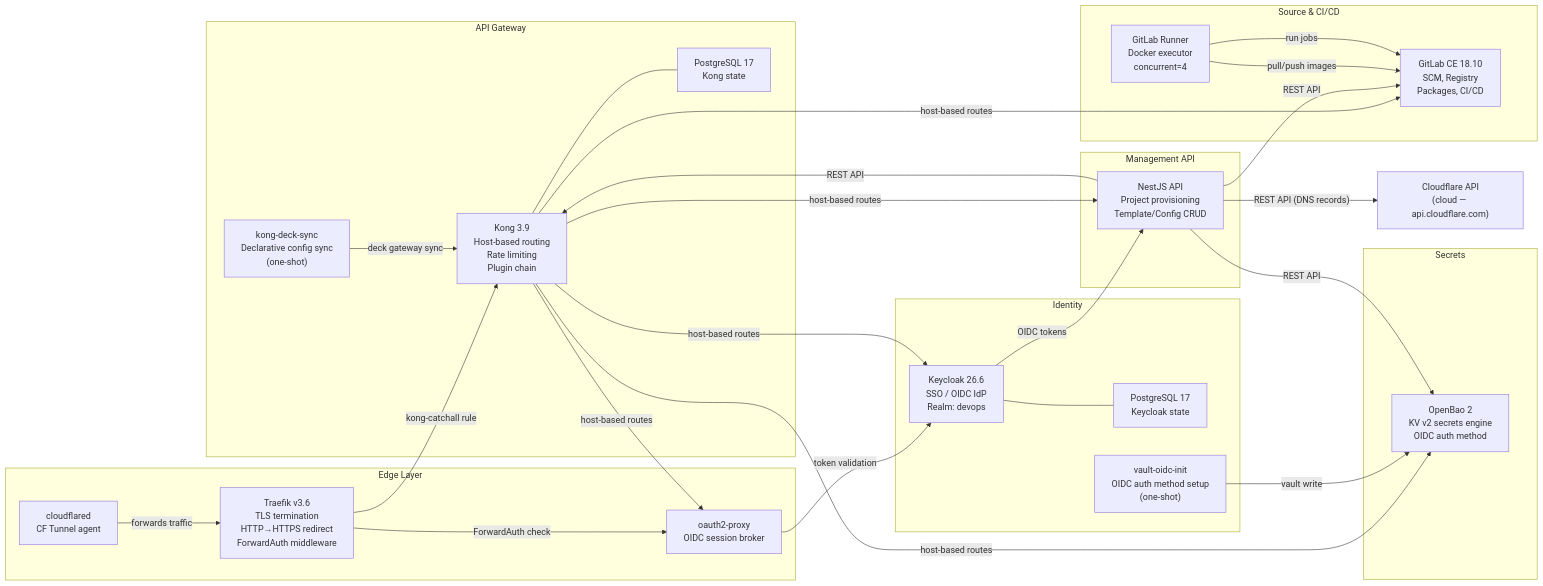
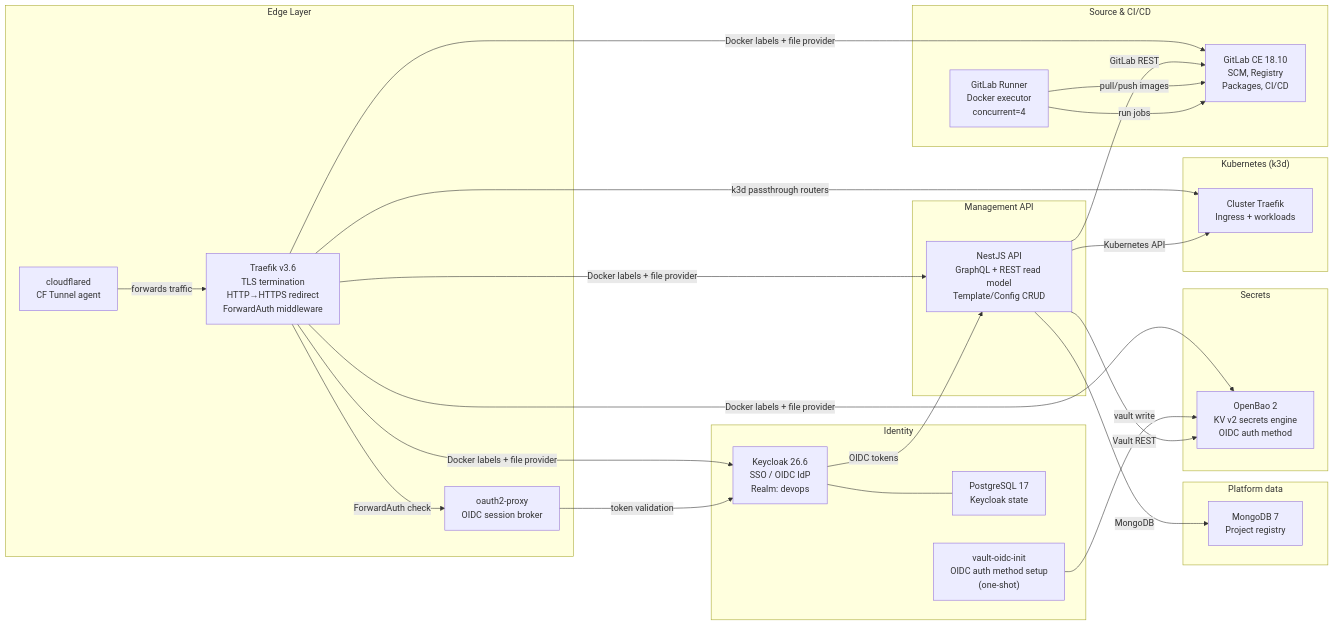
Before and after one commit to astarx-studio/devsecops-platform: the second of 4 diagrams in __DOCS__/99_maintainers/01_architecture.md, drawn with Mermaid. The commit also changed other lines of this file and 109 other files, not shown here.

````diff
--- a/__DOCS__/99_maintainers/01_architecture.md
+++ b/__DOCS__/99_maintainers/01_architecture.md
@@ -35,56 +35,53 @@
 ```mermaid
 graph LR
     subgraph edge ["Edge Layer"]
         traefik["Traefik v3.6\nTLS termination\nHTTP→HTTPS redirect\nForwardAuth middleware"]
         cloudflared["cloudflared\nCF Tunnel agent"]
         oauth2proxy["oauth2-proxy\nOIDC session broker"]
     end
 
-    subgraph gateway ["API Gateway"]
-        kong["Kong 3.9\nHost-based routing\nRate limiting\nPlugin chain"]
-        kongdb["PostgreSQL 17\nKong state"]
-        deckSync["kong-deck-sync\nDeclarative config sync\n(one-shot)"]
+    subgraph data ["Platform data"]
+        mongo["MongoDB 7\nProject registry"]
     end
 
     subgraph identity ["Identity"]
         keycloak["Keycloak 26.6\nSSO / OIDC IdP\nRealm: devops"]
         keycloakdb["PostgreSQL 17\nKeycloak state"]
         vaultOidcInit["vault-oidc-init\nOIDC auth method setup\n(one-shot)"]
     end
 
     subgraph secrets ["Secrets"]
         vault["OpenBao 2\nKV v2 secrets engine\nOIDC auth method"]
     end
 
     subgraph scm ["Source & CI/CD"]
         gitlab["GitLab CE 18.10\nSCM, Registry\nPackages, CI/CD"]
         runner["GitLab Runner\nDocker executor\nconcurrent=4"]
     end
 
     subgraph api ["Management API"]
-        mgmtapi["NestJS API\nProject provisioning\nTemplate/Config CRUD"]
+        mgmtapi["NestJS API\nGraphQL + REST read model\nTemplate/Config CRUD"]
     end
 
-    CFAPI["Cloudflare API\n(cloud — api.cloudflare.com)"]
+    subgraph k8s ["Kubernetes (k3d)"]
+        k3d["Cluster Traefik\nIngress + workloads"]
+    end
 
     cloudflared -->|"forwards traffic"| traefik
-    traefik -->|"kong-catchall rule"| kong
+    traefik -->|"Docker labels + file provider"| keycloak
+    traefik -->|"Docker labels + file provider"| vault
+    traefik -->|"Docker labels + file provider"| gitlab
+    traefik -->|"Docker labels + file provider"| mgmtapi
     traefik -->|"ForwardAuth check"| oauth2proxy
+    traefik -->|"k3d passthrough routers"| k3d
     oauth2proxy -->|"token validation"| keycloak
-    kong -->|"host-based routes"| keycloak
-    kong -->|"host-based routes"| vault
-    kong -->|"host-based routes"| gitlab
-    kong -->|"host-based routes"| mgmtapi
-    kong -->|"host-based routes"| oauth2proxy
-    kong --- kongdb
     keycloak --- keycloakdb
-    deckSync -->|"deck gateway sync"| kong
     vaultOidcInit -->|"vault write"| vault
     keycloak -->|"OIDC tokens"| mgmtapi
-    mgmtapi -->|"REST API"| gitlab
-    mgmtapi -->|"REST API"| kong
-    mgmtapi -->|"REST API"| vault
-    mgmtapi -->|"REST API (DNS records)"| CFAPI
+    mgmtapi -->|"GitLab REST"| gitlab
+    mgmtapi -->|"Vault REST"| vault
+    mgmtapi -->|"MongoDB"| mongo
+    mgmtapi -->|"Kubernetes API"| k3d
     runner -->|"pull/push images"| gitlab
     runner -->|"run jobs"| gitlab
 ```
````
